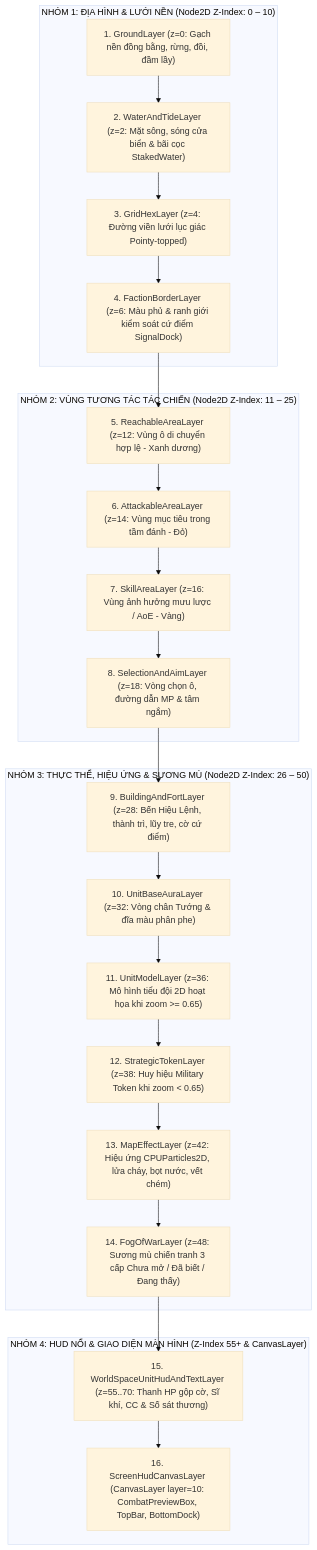
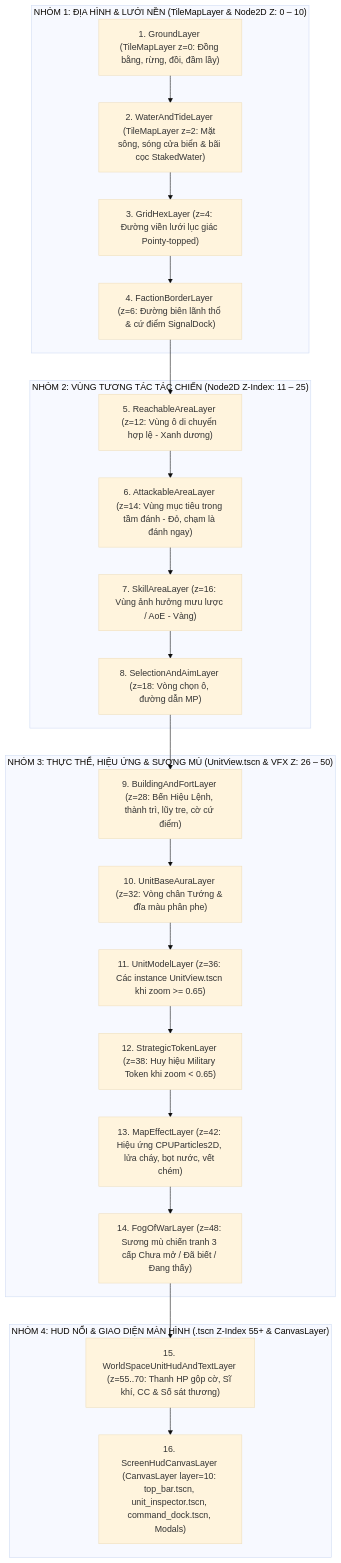
Before and after one commit to Bachchuy/DaiVietchienky: the first of 2 diagrams in docs/gdd/ui_ux/battle_ui_and_rendering.md, drawn with Mermaid (base theme). The commit also changed other lines of this file and 33 other files, not shown here.

Commit message:
docs(gdd): revise GDD v3.5 and roadmap to Editor-First 4-tier architecture, .tres data, 1-tap attack UnitInspector and R1-R5 gates (DEC-021..026)

````diff
--- a/docs/gdd/ui_ux/battle_ui_and_rendering.md
+++ b/docs/gdd/ui_ux/battle_ui_and_rendering.md
@@ -15,30 +19,30 @@
 ```mermaid
 graph TD
-    subgraph LayerGroup1["NHÓM 1: ĐỊA HÌNH & LƯỚI NỀN (Node2D Z-Index: 0 – 10)"]
-        L1["1. GroundLayer (z=0: Gạch nền đồng bằng, rừng, đồi, đầm lầy)"]
-        --> L2["2. WaterAndTideLayer (z=2: Mặt sông, sóng cửa biển & bãi cọc StakedWater)"]
+    subgraph LayerGroup1["NHÓM 1: ĐỊA HÌNH & LƯỚI NỀN (TileMapLayer & Node2D Z: 0 – 10)"]
+        L1["1. GroundLayer (TileMapLayer z=0: Đồng bằng, rừng, đồi, đầm lầy)"]
+        --> L2["2. WaterAndTideLayer (TileMapLayer z=2: Mặt sông, sóng cửa biển & bãi cọc StakedWater)"]
         --> L3["3. GridHexLayer (z=4: Đường viền lưới lục giác Pointy-topped)"]
-        --> L4["4. FactionBorderLayer (z=6: Màu phủ & ranh giới kiểm soát cứ điểm SignalDock)"]
+        --> L4["4. FactionBorderLayer (z=6: Đường biên lãnh thổ & cứ điểm SignalDock)"]
     end
 
     subgraph LayerGroup2["NHÓM 2: VÙNG TƯƠNG TÁC TÁC CHIẾN (Node2D Z-Index: 11 – 25)"]
         L4 --> L5["5. ReachableAreaLayer (z=12: Vùng ô di chuyển hợp lệ - Xanh dương)"]
-        --> L6["6. AttackableAreaLayer (z=14: Vùng mục tiêu trong tầm đánh - Đỏ)"]
+        --> L6["6. AttackableAreaLayer (z=14: Vùng mục tiêu trong tầm đánh - Đỏ, chạm là đánh ngay)"]
         --> L7["7. SkillAreaLayer (z=16: Vùng ảnh hưởng mưu lược / AoE - Vàng)"]
-        --> L8["8. SelectionAndAimLayer (z=18: Vòng chọn ô, đường dẫn MP & tâm ngắm)"]
+        --> L8["8. SelectionAndAimLayer (z=18: Vòng chọn ô, đường dẫn MP)"]
     end
 
-    subgraph LayerGroup3["NHÓM 3: THỰC THỂ, HIỆU ỨNG & SƯƠNG MÙ (Node2D Z-Index: 26 – 50)"]
+    subgraph LayerGroup3["NHÓM 3: THỰC THỂ, HIỆU ỨNG & SƯƠNG MÙ (UnitView.tscn & VFX Z: 26 – 50)"]
         L8 --> L9["9. BuildingAndFortLayer (z=28: Bến Hiệu Lệnh, thành trì, lũy tre, cờ cứ điểm)"]
         --> L10["10. UnitBaseAuraLayer (z=32: Vòng chân Tướng & đĩa màu phân phe)"]
-        --> L11["11. UnitModelLayer (z=36: Mô hình tiểu đội 2D hoạt họa khi zoom >= 0.65)"]
+        --> L11["11. UnitModelLayer (z=36: Các instance UnitView.tscn khi zoom >= 0.65)"]
         --> L12["12. StrategicTokenLayer (z=38: Huy hiệu Military Token khi zoom < 0.65)"]
         --> L13["13. MapEffectLayer (z=42: Hiệu ứng CPUParticles2D, lửa cháy, bọt nước, vết chém)"]
         --> L14["14. FogOfWarLayer (z=48: Sương mù chiến tranh 3 cấp Chưa mở / Đã biết / Đang thấy)"]
     end
 
-    subgraph LayerGroup4["NHÓM 4: HUD NỔI & GIAO DIỆN MÀN HÌNH (Z-Index 55+ & CanvasLayer)"]
+    subgraph LayerGroup4["NHÓM 4: HUD NỔI & GIAO DIỆN MÀN HÌNH (.tscn Z-Index 55+ & CanvasLayer)"]
         L14 --> L15["15. WorldSpaceUnitHudAndTextLayer (z=55..70: Thanh HP gộp cờ, Sĩ khí, CC & Số sát thương)"]
-        --> L16["16. ScreenHudCanvasLayer (CanvasLayer layer=10: CombatPreviewBox, TopBar, BottomDock)"]
+        --> L16["16. ScreenHudCanvasLayer (CanvasLayer layer=10: top_bar.tscn, unit_inspector.tscn, command_dock.tscn, Modals)"]
     end
 ```
````
